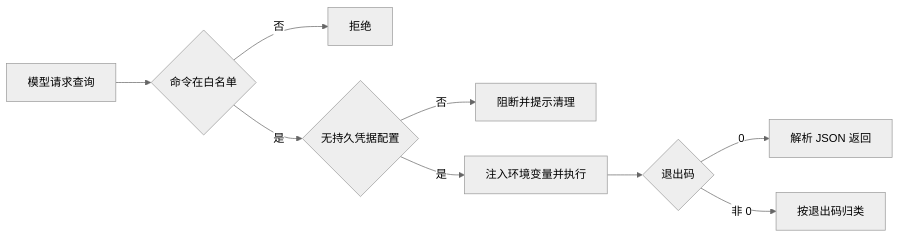
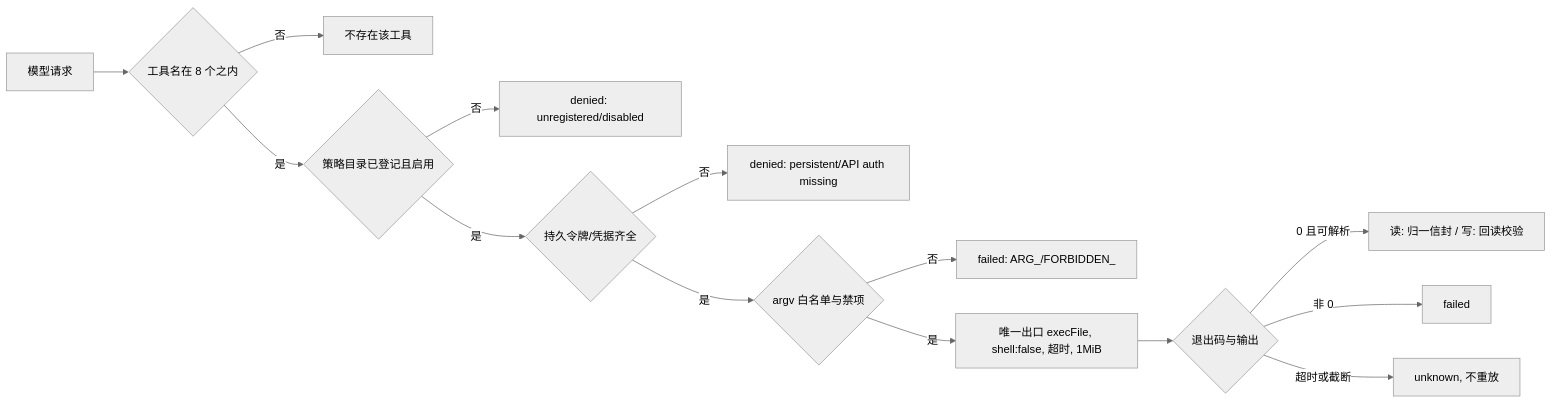
One commit to hrygo/heluo-forge changed the diagram in docs/design/plugins/forge-gitee.md. Above: the diagram before and after it, drawn with Mermaid (neutral theme). The commit also changed other lines of this file and 37 other files, not shown here.

````diff
--- a/docs/design/plugins/forge-gitee.md
+++ b/docs/design/plugins/forge-gitee.md
@@ -100,11 +140,16 @@
 ```mermaid
 flowchart LR
-  A[模型请求查询] --> B{命令在白名单}
-  B -->|否| C[拒绝]
-  B -->|是| D{无持久凭据配置}
-  D -->|否| E[阻断并提示清理]
-  D -->|是| F[注入环境变量并执行]
-  F --> G{退出码}
-  G -->|0| H[解析 JSON 返回]
-  G -->|非 0| I[按退出码归类]
+  A[模型请求] --> B{工具名在 8 个之内}
+  B -->|否| C[不存在该工具]
+  B -->|是| D{策略目录已登记且启用}
+  D -->|否| E[denied: unregistered/disabled]
+  D -->|是| F{持久令牌/凭据齐全}
+  F -->|否| G[denied: persistent/API auth missing]
+  F -->|是| H{argv 白名单与禁项}
+  H -->|否| I[failed: ARG_/FORBIDDEN_]
+  H -->|是| J[唯一出口 execFile, shell:false, 超时, 1MiB]
+  J --> K{退出码与输出}
+  K -->|0 且可解析| L[读: 归一信封 / 写: 回读校验]
+  K -->|非 0| M[failed]
+  K -->|超时或截断| N[unknown, 不重放]
 ```
````
